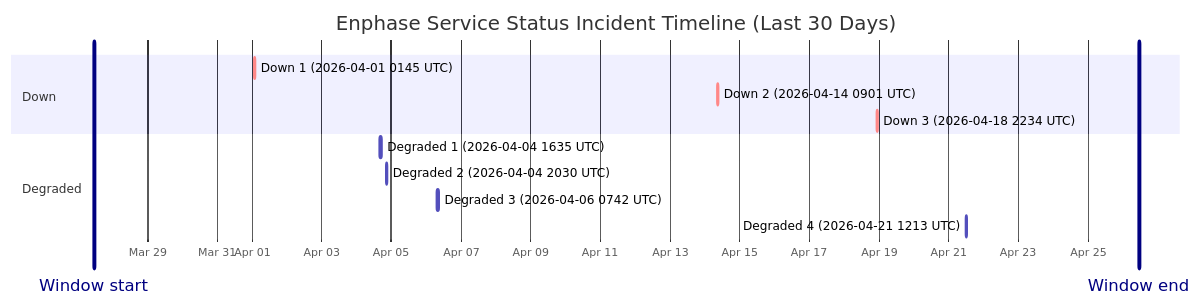
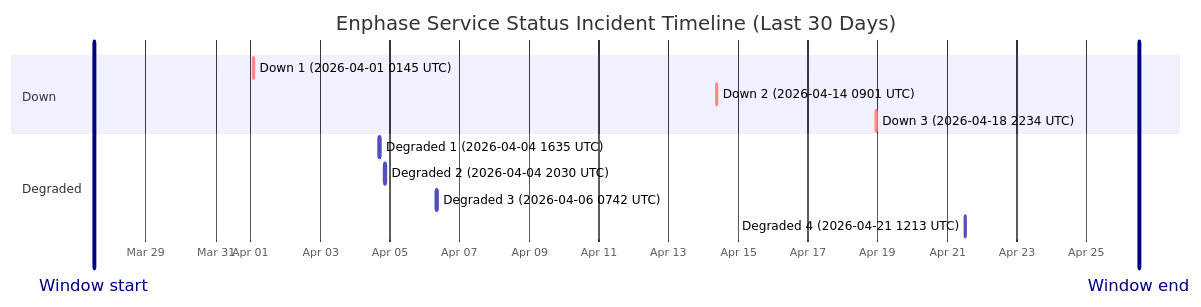
One commit to barneyonline/ha-enphase-ev-charger changed the diagram in wiki/Service-Status-History.md. Above: the diagram before and after it, drawn with Mermaid. The commit also changed other lines of this file and 3 other files, not shown here.

````diff
--- a/wiki/Service-Status-History.md
+++ b/wiki/Service-Status-History.md
@@ -14,17 +14,17 @@
 ```mermaid
 gantt
     title Enphase Service Status Incident Timeline (Last 30 Days)
     dateFormat  YYYY-MM-DDTHH:mm:ss
     axisFormat  %b %d
-    Window start :vert, window-start, 2026-03-27T11:10:51, 0ms
-    Window end :vert, window-end, 2026-04-26T11:10:51, 0ms
+    Window start :vert, window-start, 2026-03-27T12:03:04, 0ms
+    Window end :vert, window-end, 2026-04-26T12:03:04, 0ms
     section Down
     Down 1 (2026-04-01 0145 UTC) :crit, down-1, 2026-04-01T01:45:09, 60m
     Down 2 (2026-04-14 0901 UTC) :crit, down-2, 2026-04-14T09:01:13, 60m
     Down 3 (2026-04-18 2234 UTC) :crit, down-3, 2026-04-18T22:34:13, 60m
     section Degraded
     Degraded 1 (2026-04-04 1635 UTC) :active, degraded-1, 2026-04-04T16:35:17, 60m
     Degraded 2 (2026-04-04 2030 UTC) :active, degraded-2, 2026-04-04T20:30:40, 60m
     Degraded 3 (2026-04-06 0742 UTC) :active, degraded-3, 2026-04-06T07:42:09, 85m
     Degraded 4 (2026-04-21 1213 UTC) :active, degraded-4, 2026-04-21T12:13:11, 60m
 ```
````
